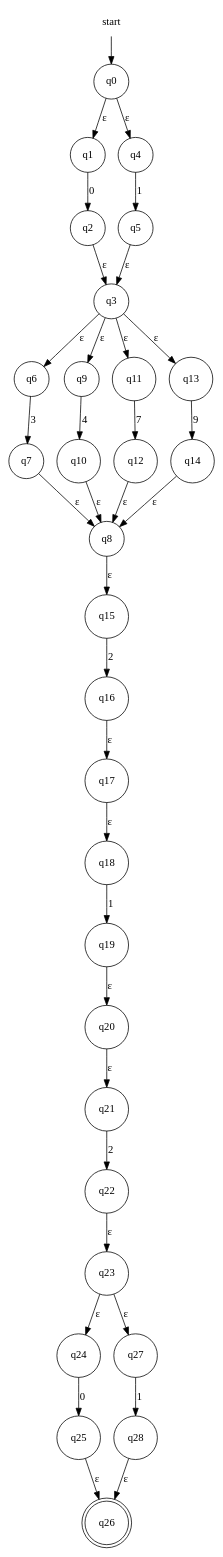
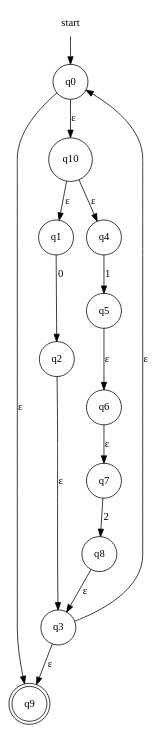
Before and after one commit to evertheylen/TA_TO: the diagram in fase1/RE-eNFA/regex_14.dot, drawn with Graphviz. The commit also changed 22 other files, not shown here.

Commit message:
Regex naar eNFA is nu product quality code, met comments, er is wel 1 conventie voor de input regex nl ==> concateneren moet gebeuren aan de hand van een . git add -A

```diff
--- a/fase1/RE-eNFA/regex_14.dot
+++ b/fase1/RE-eNFA/regex_14.dot
@@ -1,39 +1,19 @@
 digraph automaton {
     node [shape=none]; start;
-    node [shape=doublecircle]; "q26";
+    node [shape=doublecircle]; "q9";
     node [shape=circle];
     start -> "q0";
-    "q0" -> "q1" [label="&epsilon;"];
-    "q0" -> "q4" [label="&epsilon;"];
+    "q0" -> "q9" [label="&epsilon;"];
+    "q0" -> "q10" [label="&epsilon;"];
     "q1" -> "q2" [label="0"];
     "q2" -> "q3" [label="&epsilon;"];
-    "q3" -> "q6" [label="&epsilon;"];
+    "q3" -> "q0" [label="&epsilon;"];
     "q3" -> "q9" [label="&epsilon;"];
-    "q3" -> "q11" [label="&epsilon;"];
-    "q3" -> "q13" [label="&epsilon;"];
     "q4" -> "q5" [label="1"];
-    "q5" -> "q3" [label="&epsilon;"];
-    "q6" -> "q7" [label="3"];
-    "q7" -> "q8" [label="&epsilon;"];
-    "q8" -> "q15" [label="&epsilon;"];
-    "q9" -> "q10" [label="4"];
-    "q10" -> "q8" [label="&epsilon;"];
-    "q11" -> "q12" [label="7"];
-    "q12" -> "q8" [label="&epsilon;"];
-    "q13" -> "q14" [label="9"];
-    "q14" -> "q8" [label="&epsilon;"];
-    "q15" -> "q16" [label="2"];
-    "q16" -> "q17" [label="&epsilon;"];
-    "q17" -> "q18" [label="&epsilon;"];
-    "q18" -> "q19" [label="1"];
-    "q19" -> "q20" [label="&epsilon;"];
-    "q20" -> "q21" [label="&epsilon;"];
-    "q21" -> "q22" [label="2"];
-    "q22" -> "q23" [label="&epsilon;"];
-    "q23" -> "q24" [label="&epsilon;"];
-    "q23" -> "q27" [label="&epsilon;"];
-    "q24" -> "q25" [label="0"];
-    "q25" -> "q26" [label="&epsilon;"];
-    "q27" -> "q28" [label="1"];
-    "q28" -> "q26" [label="&epsilon;"];
+    "q5" -> "q6" [label="&epsilon;"];
+    "q6" -> "q7" [label="&epsilon;"];
+    "q7" -> "q8" [label="2"];
+    "q8" -> "q3" [label="&epsilon;"];
+    "q10" -> "q1" [label="&epsilon;"];
+    "q10" -> "q4" [label="&epsilon;"];
 }
```
